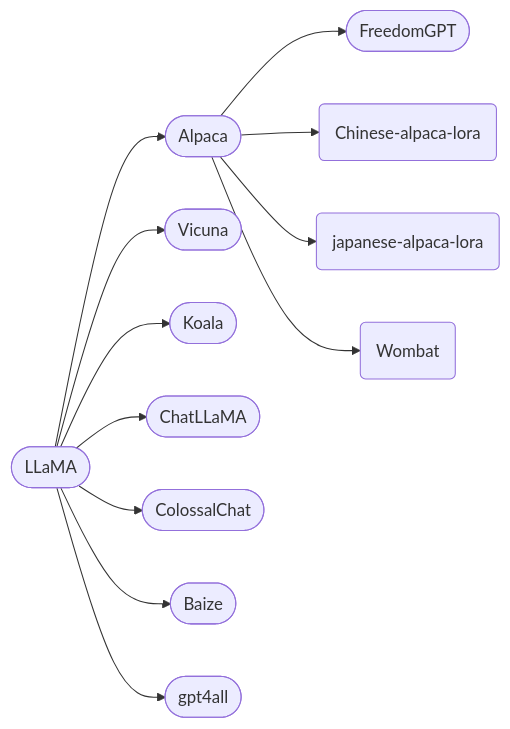
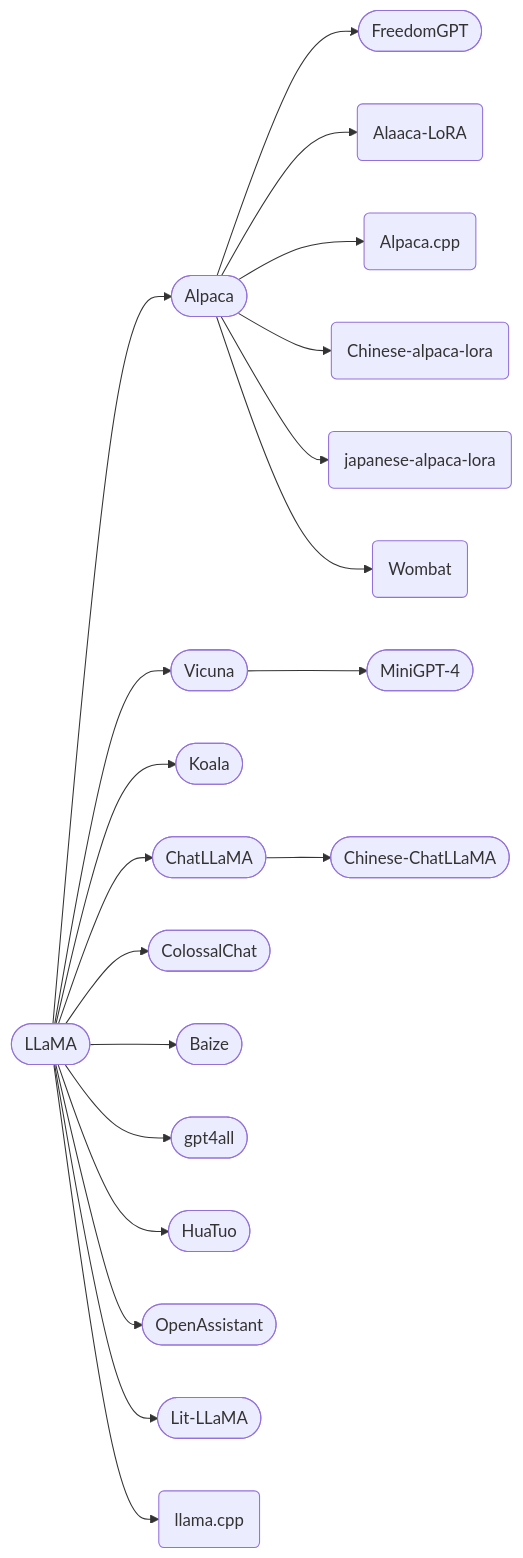
The second of 4 diagrams in content/blog/llm-summary.md (RapidAI/RapidAIWebSite), drawn with Mermaid before and after one commit. The commit also changed other lines of this file, not shown here.

````diff
--- a/content/blog/llm-summary.md
+++ b/content/blog/llm-summary.md
@@ -22,23 +36,37 @@
 ```mermaid
 flowchart LR
-    A([LLaMA]) --> B([Alpaca]) --> D([FreedomGPT])
-    B --> B_1(Chinese-alpaca-lora)
-    B --> B_2(japanese-alpaca-lora)
-    B --> B_3(Wombat)
-    A --> C([Vicuna])
-    A --> E([Koala])
-    A --> F([ChatLLaMA])
-    A --> G([ColossalChat])
-    A --> H([Baize])
-    A --> I([gpt4all])
+A([LLaMA]) --> B([Alpaca]) --> D([FreedomGPT])
+B --> B_00(Alaaca-LoRA)
+B --> B_0(Alpaca.cpp)
+B --> B_1(Chinese-alpaca-lora)
+B --> B_2(japanese-alpaca-lora)
+B --> B_3(Wombat)
 
-    click A href "https://github.com/facebookresearch/llama" _blank
-    click B "https://github.com/tatsu-lab/stanford_alpaca" _blank
-    click C "https://github.com/lm-sys/FastChat" _blank
-    click D "https://github.com/ohmplatform/FreedomGPT" _blank
-    click E "https://github.com/young-geng/EasyLM" _blank
-    click F "https://github.com/nebuly-ai/nebullvm/tree/main/apps/accelerate/chatllama" _blank
-    click G "https://github.com/hpcaitech/ColossalAI/tree/main/applications/Chat/coati" _blank
-    click H "https://github.com/project-baize/baize-chatbot" _blank
-    click I "https://github.com/nomic-ai/gpt4all" _blank
+A --> C([Vicuna])
+A --> E([Koala])
+A --> F([ChatLLaMA])
+F --> F_1([Chinese-ChatLLaMA])
+A --> G([ColossalChat])
+A --> H([Baize])
+A --> I([gpt4all])
+A --> J([HuaTuo])
+A --> K([OpenAssistant])
+A --> L([Lit-LLaMA])
+A --> M(llama.cpp)
+
+C --> C_1([MiniGPT-4])
+click A href "https://github.com/facebookresearch/llama" _blank
+click B "https://github.com/tatsu-lab/stanford_alpaca" _blank
+click C "https://github.com/lm-sys/FastChat" _blank
+click D "https://github.com/ohmplatform/FreedomGPT" _blank
+click E "https://github.com/young-geng/EasyLM" _blank
+click F "https://github.com/nebuly-ai/nebullvm/tree/main/apps/accelerate/chatllama" _blank
+click G "https://github.com/hpcaitech/ColossalAI/tree/main/applications/Chat/coati" _blank
+click H "https://github.com/project-baize/baize-chatbot" _blank
+click I "https://github.com/nomic-ai/gpt4all" _blank
+click F_1 "https://github.com/ydli-ai/Chinese-ChatLLaMA" _blank
+click J "https://github.com/SCIR-HI/Huatuo-Llama-Med-Chinese" _blank
+click C_1 "https://github.com/Vision-CAIR/MiniGPT-4" _blank
+click K "https://github.com/LAION-AI/Open-Assistant" _blank
+click L "https://github.com/Lightning-AI/lit-llama" _blank
 ```
````
